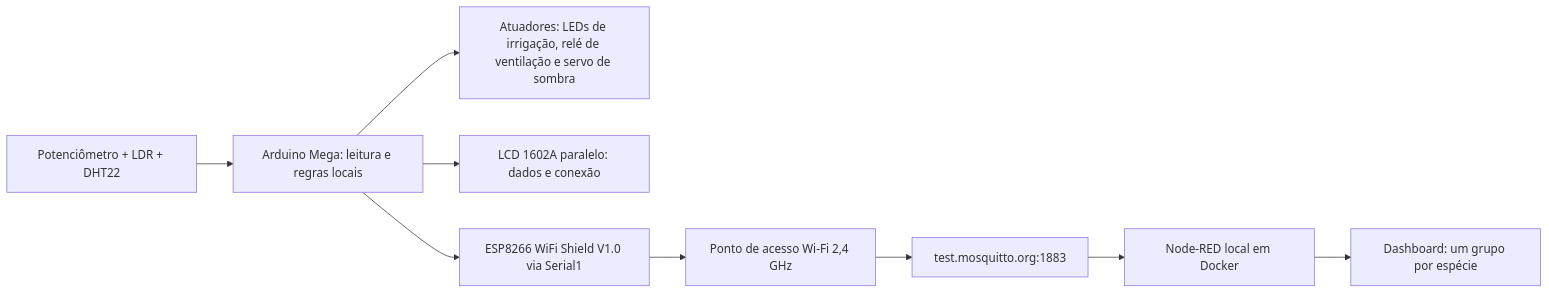
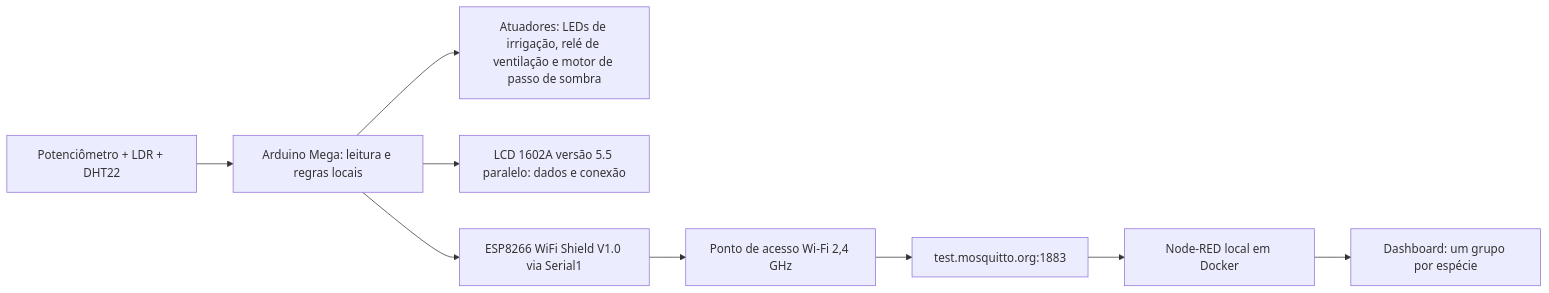
The diagram in docs/checkpoint2-entrega.md (Fernando-Artur-Luithardt/IOT), drawn with Mermaid before and after one commit. The commit also changed other lines of this file and 10 other files, not shown here.

````diff
--- a/docs/checkpoint2-entrega.md
+++ b/docs/checkpoint2-entrega.md
@@ -32,11 +32,11 @@
 ```mermaid
 flowchart LR
     Sensores[Potenciômetro + LDR + DHT22] --> Mega[Arduino Mega: leitura e regras locais]
-    Mega --> LEDs[Atuadores: LEDs de irrigação, relé de ventilação e servo de sombra]
-    Mega --> LCD[LCD 1602A paralelo: dados e conexão]
+    Mega --> LEDs[Atuadores: LEDs de irrigação, relé de ventilação e motor de passo de sombra]
+    Mega --> LCD[LCD 1602A versão 5.5 paralelo: dados e conexão]
     Mega --> ESP[ESP8266 WiFi Shield V1.0 via Serial1]
     ESP --> AP[Ponto de acesso Wi-Fi 2,4 GHz]
     AP --> Broker[test.mosquitto.org:1883]
     Broker --> NR[Node-RED local em Docker]
     NR --> Dashboard[Dashboard: um grupo por espécie]
 ```
````
